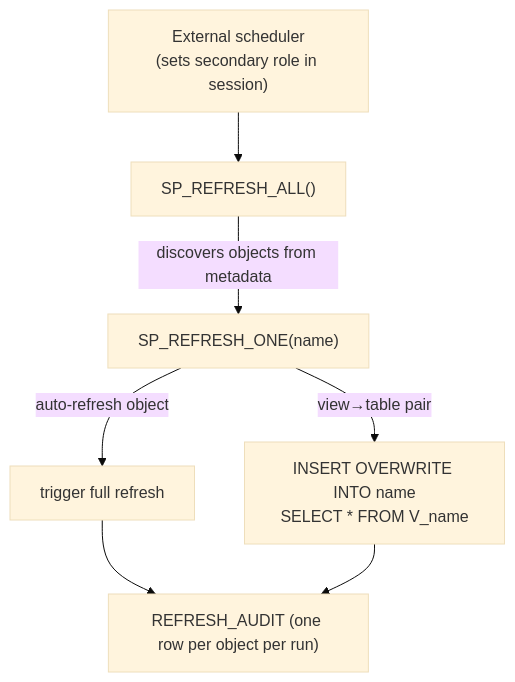
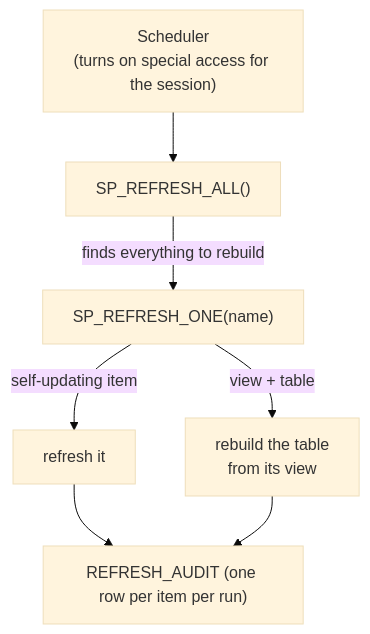
One commit to hsg09/governed-reporting-data-mart-snowflake changed the third of 5 diagrams in README.md. Above: the diagram before and after it, drawn with Mermaid (base theme). The commit also changed other lines of this file, not shown here.

````diff
--- a/README.md
+++ b/README.md
@@ -191,9 +190,9 @@
 ```mermaid
 graph TD
-    ORCH["External scheduler<br/>(sets secondary role in session)"] --> ALL["SP_REFRESH_ALL()"]
-    ALL -->|discovers objects from metadata| ONE["SP_REFRESH_ONE(name)"]
-    ONE -->|auto-refresh object| DT["trigger full refresh"]
-    ONE -->|view→table pair| BT["INSERT OVERWRITE INTO name<br/>SELECT * FROM V_name"]
-    DT --> LOG["REFRESH_AUDIT (one row per object per run)"]
+    ORCH["Scheduler<br/>(turns on special access for the session)"] --> ALL["SP_REFRESH_ALL()"]
+    ALL -->|finds everything to rebuild| ONE["SP_REFRESH_ONE(name)"]
+    ONE -->|self-updating item| DT["refresh it"]
+    ONE -->|view + table| BT["rebuild the table<br/>from its view"]
+    DT --> LOG["REFRESH_AUDIT (one row per item per run)"]
     BT --> LOG
 ```
````
